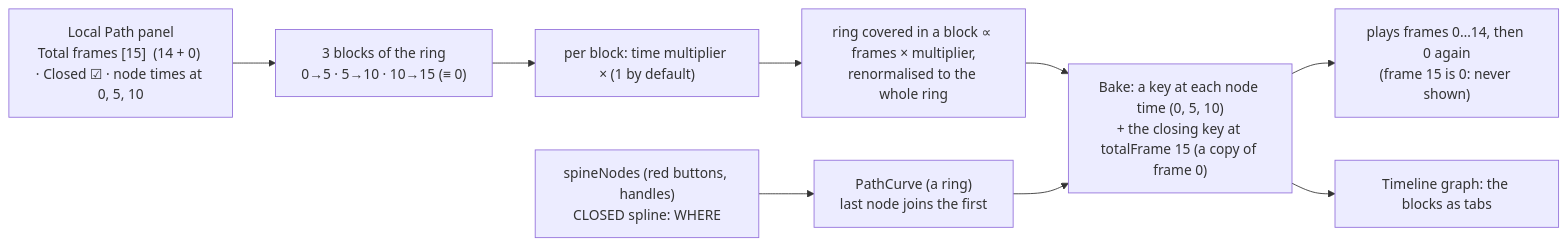
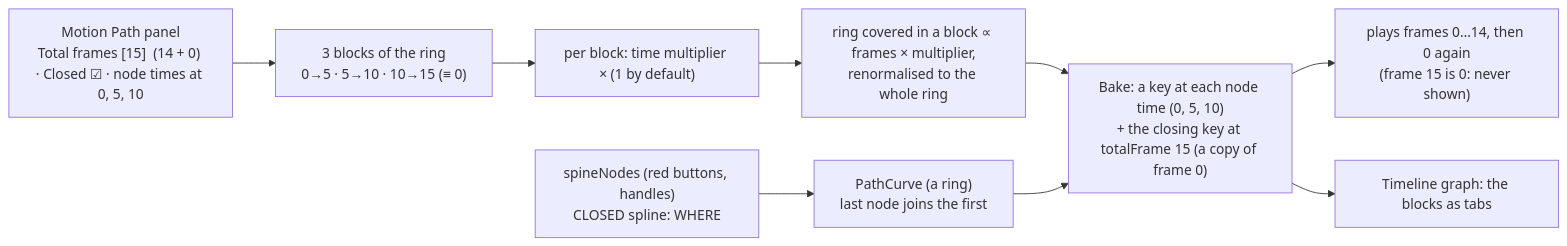
The diagram in Editor-BoneBurst-Src/docs/PATH-FRAMES-PLAN.md (12pnp/M0-Animation-2D), drawn with Mermaid before and after one commit. The commit also changed other lines of this file and 19 other files, not shown here.

Commit message:
BoneBurst Editor v2: rename the Local Path panel to Motion Path

````diff
--- a/Editor-BoneBurst-Src/docs/PATH-FRAMES-PLAN.md
+++ b/Editor-BoneBurst-Src/docs/PATH-FRAMES-PLAN.md
@@ -9,11 +9,11 @@
 ```mermaid
 flowchart LR
-    LP["Local Path panel<br/>Total frames [15]  (14 + 0) · Closed ☑ · node times at 0, 5, 10"] --> BL["3 blocks of the ring<br/>0→5 · 5→10 · 10→15 (≡ 0)"]
+    LP["Motion Path panel<br/>Total frames [15]  (14 + 0) · Closed ☑ · node times at 0, 5, 10"] --> BL["3 blocks of the ring<br/>0→5 · 5→10 · 10→15 (≡ 0)"]
     SN["spineNodes (red buttons, handles)<br/>CLOSED spline: WHERE"] --> RING["PathCurve (a ring)<br/>last node joins the first"]
     BL --> MULT["per block: time multiplier × (1 by default)"]
     MULT --> SHARE["ring covered in a block ∝ frames × multiplier,<br/>renormalised to the whole ring"]
     SHARE --> BAKE
     RING --> BAKE["Bake: a key at each node time (0, 5, 10)<br/>+ the closing key at totalFrame 15 (a copy of frame 0)"]
     BAKE --> PLAY["plays frames 0…14, then 0 again<br/>(frame 15 is 0: never shown)"]
     BAKE --> TLG["Timeline graph: the blocks as tabs"]
 ```
````
